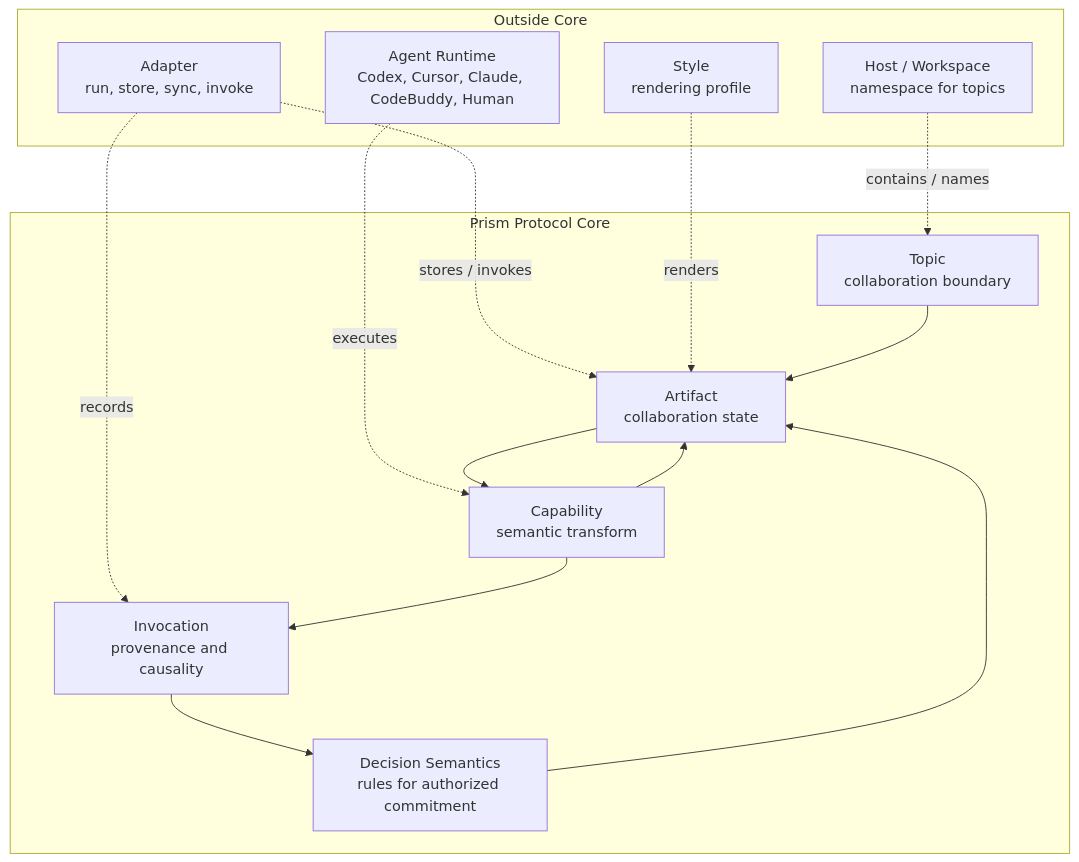
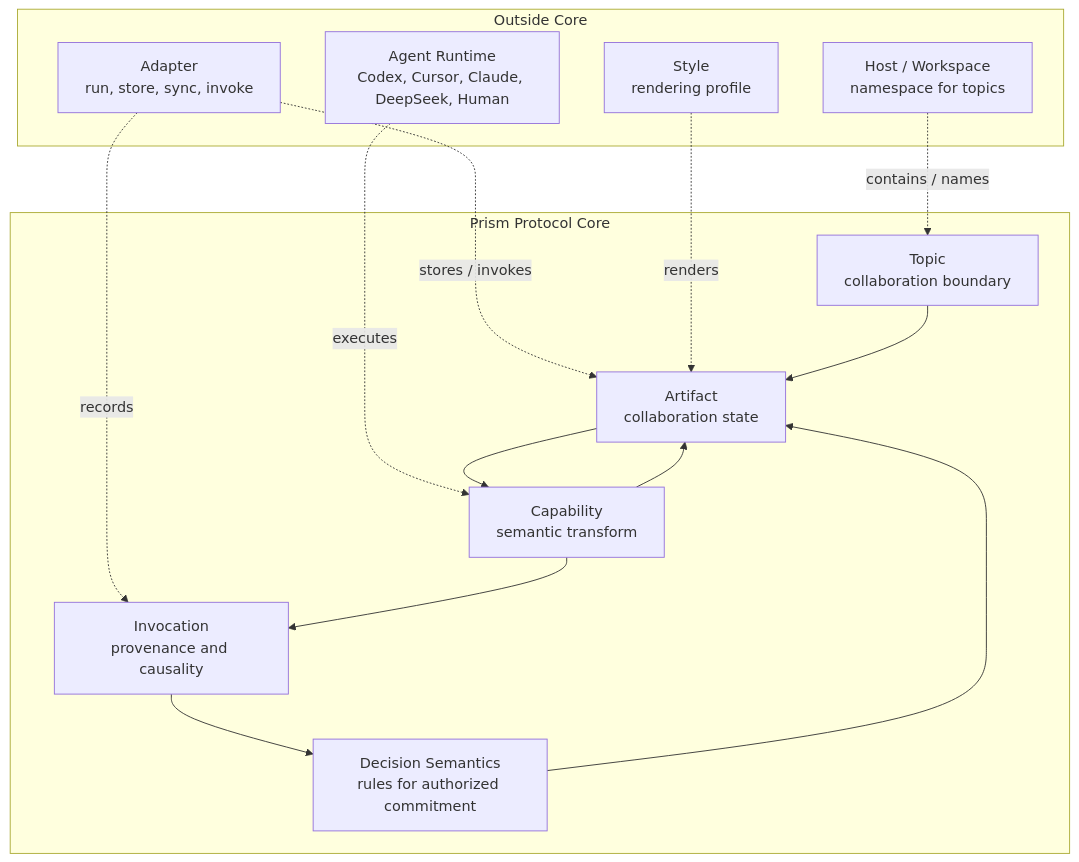
One commit to ArnoFrost/prism changed the first of 6 diagrams in docs/prism-4-architecture-guide.md. Above: the diagram before and after it, drawn with Mermaid. The commit also changed other lines of this file and 1 other file, not shown here.

````diff
--- a/docs/prism-4-architecture-guide.md
+++ b/docs/prism-4-architecture-guide.md
@@ -35,30 +35,30 @@
 ```mermaid
 flowchart TB
   subgraph outside["Outside Core"]
     H["Host / Workspace<br/>namespace for topics"]
     A["Adapter<br/>run, store, sync, invoke"]
     S["Style<br/>rendering profile"]
-    R["Agent Runtime<br/>Codex, Cursor, Claude, CodeBuddy, Human"]
+    R["Agent Runtime<br/>Codex, Cursor, Claude, DeepSeek, Human"]
   end
 
   subgraph core["Prism Protocol Core"]
     T["Topic<br/>collaboration boundary"]
     AR["Artifact<br/>collaboration state"]
     C["Capability<br/>semantic transform"]
     I["Invocation<br/>provenance and causality"]
     D["Decision Semantics<br/>rules for authorized commitment"]
   end
 
   H -. "contains / names" .-> T
   R -. "executes" .-> C
   A -. "stores / invokes" .-> AR
   A -. "records" .-> I
   S -. "renders" .-> AR
 
   T --> AR
   AR --> C
   C --> AR
   C --> I
   D --> AR
   I --> D
 ```
````
